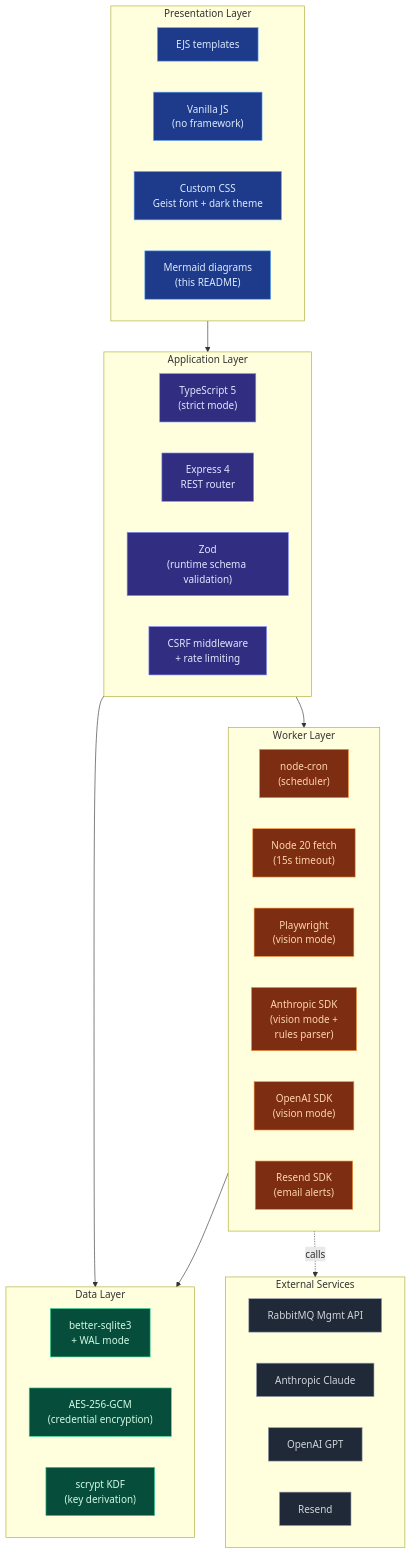
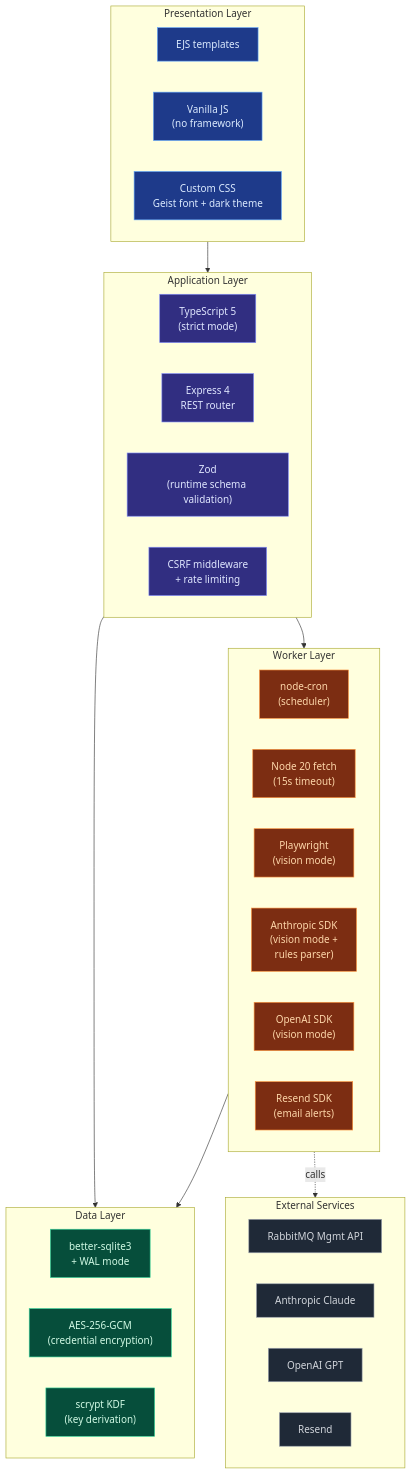
Before and after one commit to veerayk1/ops-monitor-node: the second of 4 diagrams in README.md, drawn with Mermaid. The commit also changed other lines of this file and 2 other files, not shown here.

````diff
--- a/README.md
+++ b/README.md
@@ -174,55 +174,54 @@
 ```mermaid
 flowchart TB
     classDef frontendC fill:#1e3a8a,stroke:#60a5fa,color:#dbeafe
     classDef appC fill:#312e81,stroke:#818cf8,color:#e0e7ff
     classDef workerC fill:#7c2d12,stroke:#fb923c,color:#fed7aa
     classDef dataC fill:#064e3b,stroke:#34d399,color:#d1fae5
     classDef extC fill:#1f2937,stroke:#9ca3af,color:#d1d5db
 
     subgraph Frontend[Presentation Layer]
         direction LR
         EJS["EJS templates"]:::frontendC
         VanillaJS["Vanilla JS<br/>(no framework)"]:::frontendC
         CSS["Custom CSS<br/>Geist font + dark theme"]:::frontendC
-        Mermaid["Mermaid diagrams<br/>(this README)"]:::frontendC
     end
 
     subgraph AppLayer[Application Layer]
         direction LR
         TS["TypeScript 5<br/>(strict mode)"]:::appC
         Express["Express 4<br/>REST router"]:::appC
         Zod["Zod<br/>(runtime schema validation)"]:::appC
         CSRF["CSRF middleware<br/>+ rate limiting"]:::appC
     end
 
     subgraph Workers[Worker Layer]
         direction LR
         Cron["node-cron<br/>(scheduler)"]:::workerC
         Fetch["Node 20 fetch<br/>(15s timeout)"]:::workerC
         Playwright["Playwright<br/>(vision mode)"]:::workerC
         AnthropicSDK["Anthropic SDK<br/>(vision mode +<br/>rules parser)"]:::workerC
         OpenAISDK["OpenAI SDK<br/>(vision mode)"]:::workerC
         ResendSDK["Resend SDK<br/>(email alerts)"]:::workerC
     end
 
     subgraph Data[Data Layer]
         direction LR
         SQLite["better-sqlite3<br/>+ WAL mode"]:::dataC
         AES["AES-256-GCM<br/>(credential encryption)"]:::dataC
         ScryptKDF["scrypt KDF<br/>(key derivation)"]:::dataC
     end
 
     subgraph External[External Services]
         direction LR
         RMQAPI["RabbitMQ Mgmt API"]:::extC
         ClaudeAPI["Anthropic Claude"]:::extC
         GPTAPI["OpenAI GPT"]:::extC
         ResendAPI["Resend"]:::extC
     end
 
     Frontend --> AppLayer
     AppLayer --> Workers
     AppLayer --> Data
     Workers --> Data
     Workers -.calls.-> External
 ```
````
